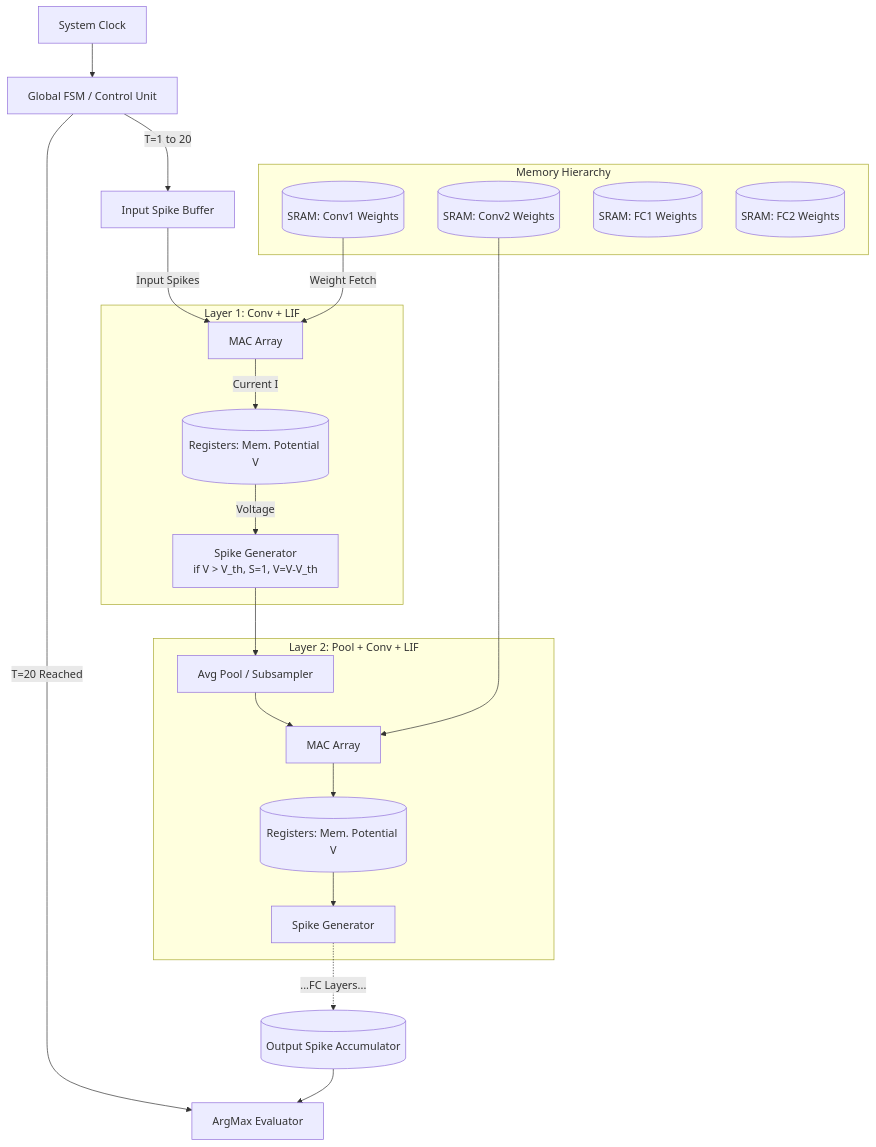
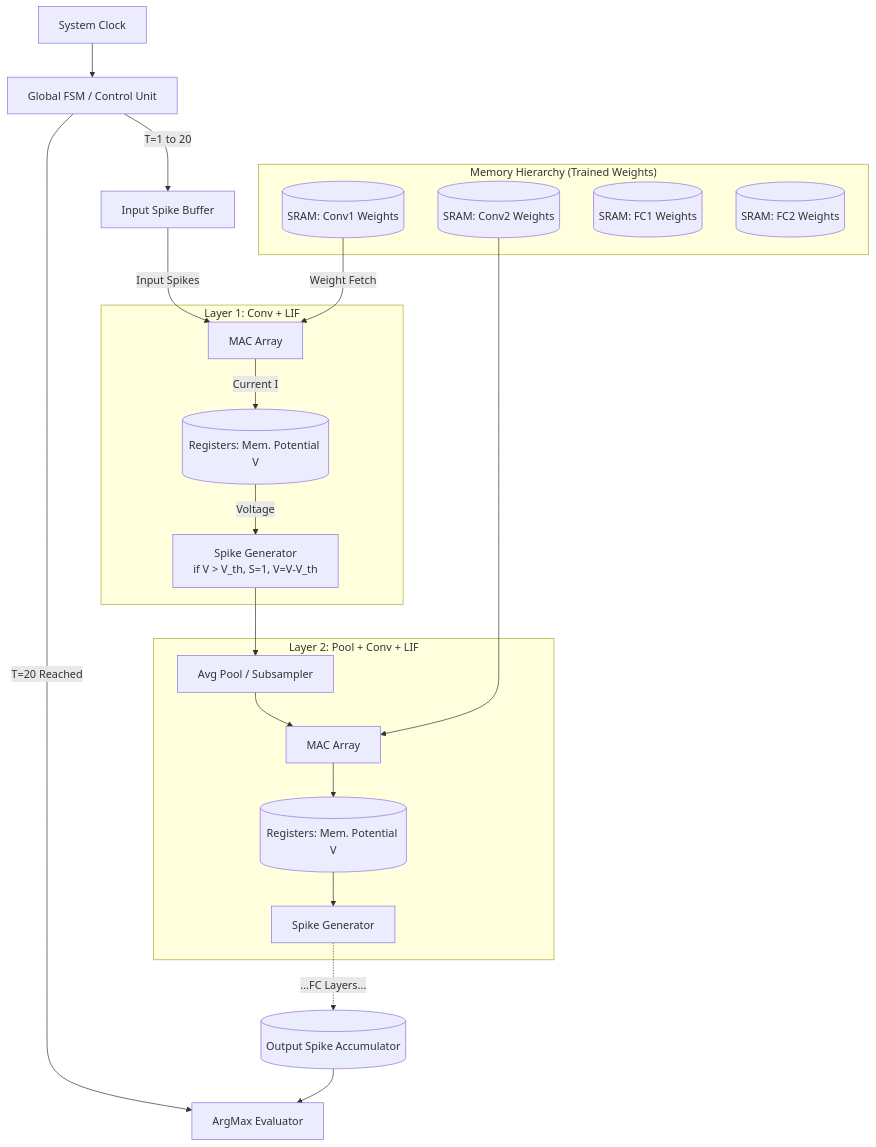
One commit to SiddheshUttarwar/MemorySparcity changed the first of 2 diagrams in hardware_architecture.md. Above: the diagram before and after it, drawn with Mermaid. The commit also changed other lines of this file, not shown here.

Commit message:
docs: Fix Mermaid syntax errors and specify hardware is inference-only

````diff
--- a/hardware_architecture.md
+++ b/hardware_architecture.md
@@ -13,47 +13,47 @@
 ```mermaid
 graph TD
     %% Global Control
     CLK[System Clock] --> CU[Global FSM / Control Unit]
     CU --> |T=1 to 20| IB[Input Spike Buffer]
     
-    %% Memory Blocks
-    subgraph Memory Hierarchy
+    %% Memory Blocks (Inference Only)
+    subgraph Memory_Hierarchy ["Memory Hierarchy (Trained Weights)"]
         SRAM1[(SRAM: Conv1 Weights)]
         SRAM2[(SRAM: Conv2 Weights)]
         SRAM3[(SRAM: FC1 Weights)]
         SRAM4[(SRAM: FC2 Weights)]
     end
 
     %% Layer 1 Execution
-    subgraph Layer 1: Conv + LIF
+    subgraph Layer_1 ["Layer 1: Conv + LIF"]
         MAC1[MAC Array]
         V_MEM1[(Registers: Mem. Potential V)]
         LIF_GEN1[Spike Generator <br> if V > V_th, S=1, V=V-V_th]
     end
 
     %% Pipeline Flow
     IB --> |Input Spikes| MAC1
     SRAM1 --> |Weight Fetch| MAC1
     MAC1 --> |Current I| V_MEM1
     V_MEM1 --> |Voltage| LIF_GEN1
     
     %% Layer 2 Execution
-    subgraph Layer 2: Pool + Conv + LIF
+    subgraph Layer_2 ["Layer 2: Pool + Conv + LIF"]
         POOL1[Avg Pool / Subsampler]
         MAC2[MAC Array]
         V_MEM2[(Registers: Mem. Potential V)]
         LIF_GEN2[Spike Generator]
     end
 
     LIF_GEN1 --> POOL1
     POOL1 --> MAC2
     SRAM2 --> MAC2
     MAC2 --> V_MEM2
     V_MEM2 --> LIF_GEN2
     
     %% Readout Buffer
     OUT_ACC[(Output Spike Accumulator)]
     LIF_GEN2 -.-> |...FC Layers...| OUT_ACC
     CU --> |T=20 Reached| OUT_EVAL[ArgMax Evaluator]
     OUT_ACC --> OUT_EVAL
 ```
````
